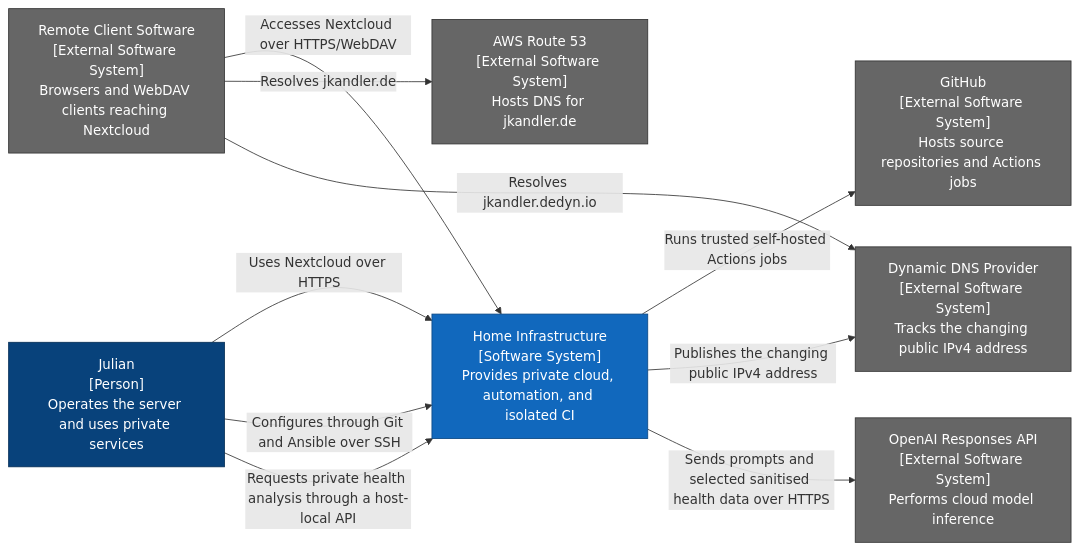
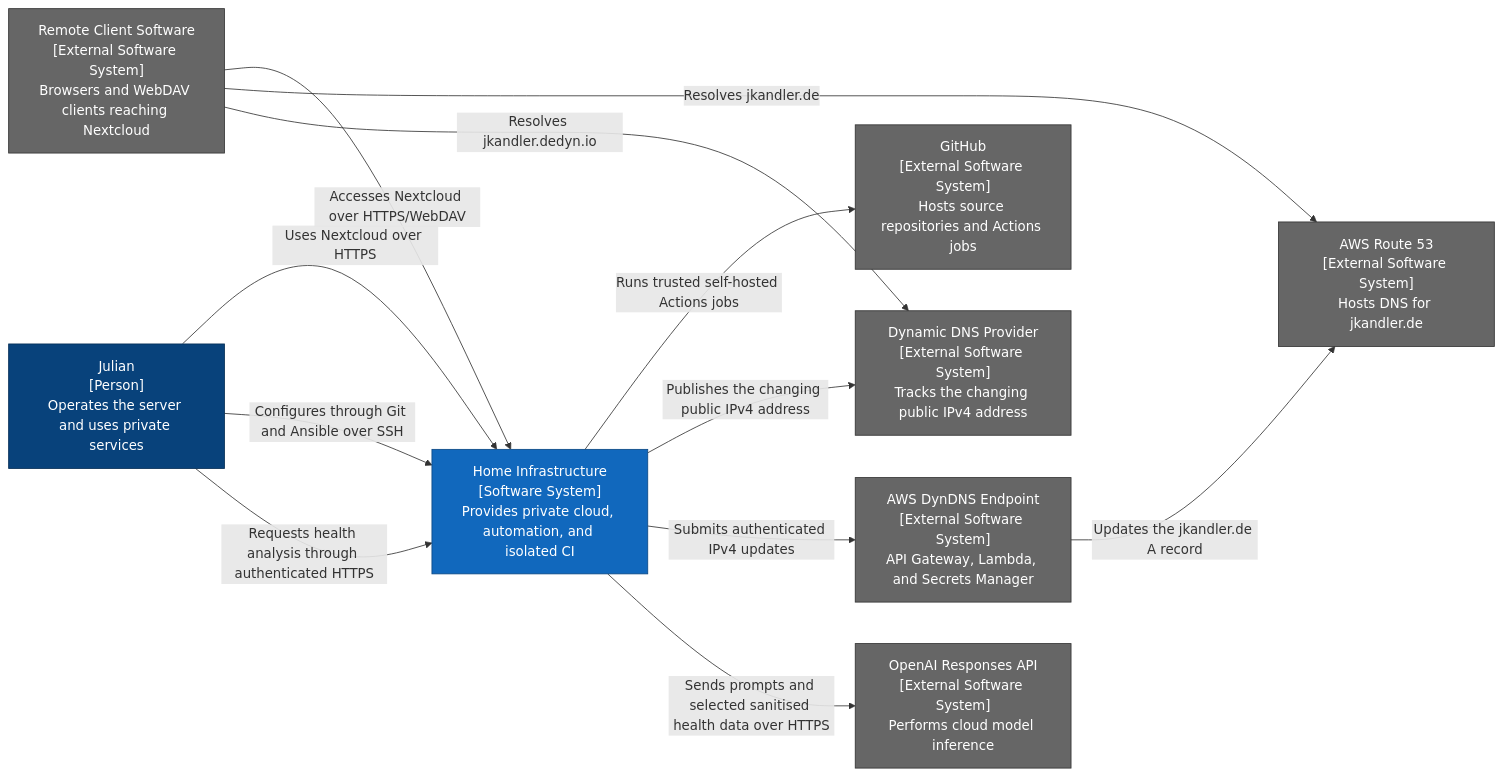
The diagram in docs/architecture/current/system-context.md (KandlerLi/home-infra-docs), drawn with Mermaid before and after one commit. The commit also changed other lines of this file and 15 other files, not shown here.

````diff
--- a/docs/architecture/current/system-context.md
+++ b/docs/architecture/current/system-context.md
@@ -7,27 +7,30 @@
 ```mermaid
 flowchart LR
     person["Julian<br/>[Person]<br/>Operates the server and uses private services"]
     home["Home Infrastructure<br/>[Software System]<br/>Provides private cloud, automation, and isolated CI"]
     github["GitHub<br/>[External Software System]<br/>Hosts source repositories and Actions jobs"]
     route53["AWS Route 53<br/>[External Software System]<br/>Hosts DNS for jkandler.de"]
+    aws_dyndns["AWS DynDNS Endpoint<br/>[External Software System]<br/>API Gateway, Lambda, and Secrets Manager"]
     ddns["Dynamic DNS Provider<br/>[External Software System]<br/>Tracks the changing public IPv4 address"]
     openai["OpenAI Responses API<br/>[External Software System]<br/>Performs cloud model inference"]
     internet["Remote Client Software<br/>[External Software System]<br/>Browsers and WebDAV clients reaching Nextcloud"]
 
     person -->|"Uses Nextcloud over HTTPS"| home
     person -->|"Configures through Git and Ansible over SSH"| home
-    person -->|"Requests private health analysis through a host-local API"| home
+    person -->|"Requests health analysis through authenticated HTTPS"| home
     internet -->|"Accesses Nextcloud over HTTPS/WebDAV"| home
     home -->|"Runs trusted self-hosted Actions jobs"| github
     internet -->|"Resolves jkandler.de"| route53
     internet -->|"Resolves jkandler.dedyn.io"| ddns
     home -->|"Publishes the changing public IPv4 address"| ddns
+    home -->|"Submits authenticated IPv4 updates"| aws_dyndns
+    aws_dyndns -->|"Updates the jkandler.de A record"| route53
     home -->|"Sends prompts and selected sanitised health data over HTTPS"| openai
 
     classDef person fill:#08427b,color:#fff,stroke:#052e56
     classDef system fill:#1168bd,color:#fff,stroke:#0b4884
     classDef external fill:#666,color:#fff,stroke:#333
     class person person
     class home system
-    class github,route53,ddns,openai,internet external
+    class github,route53,aws_dyndns,ddns,openai,internet external
 ```
````
